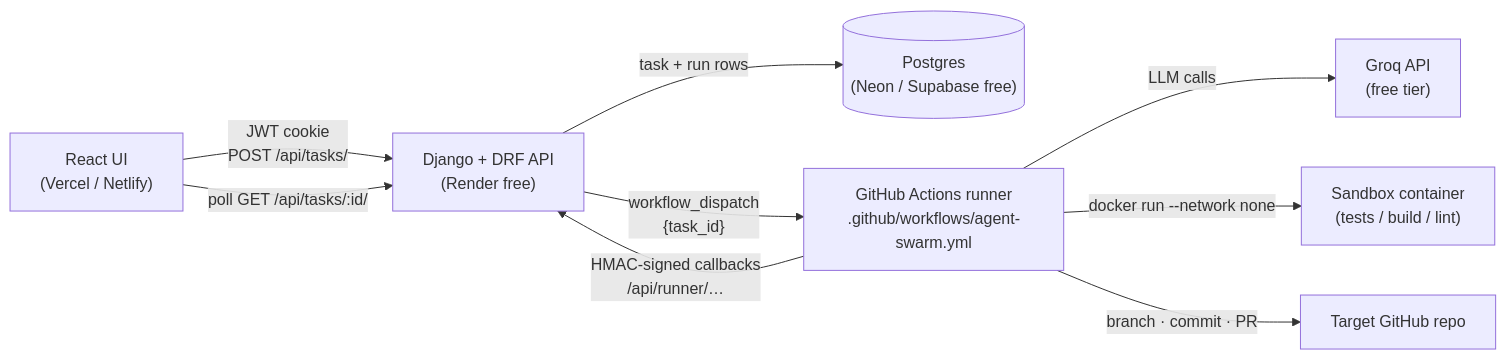
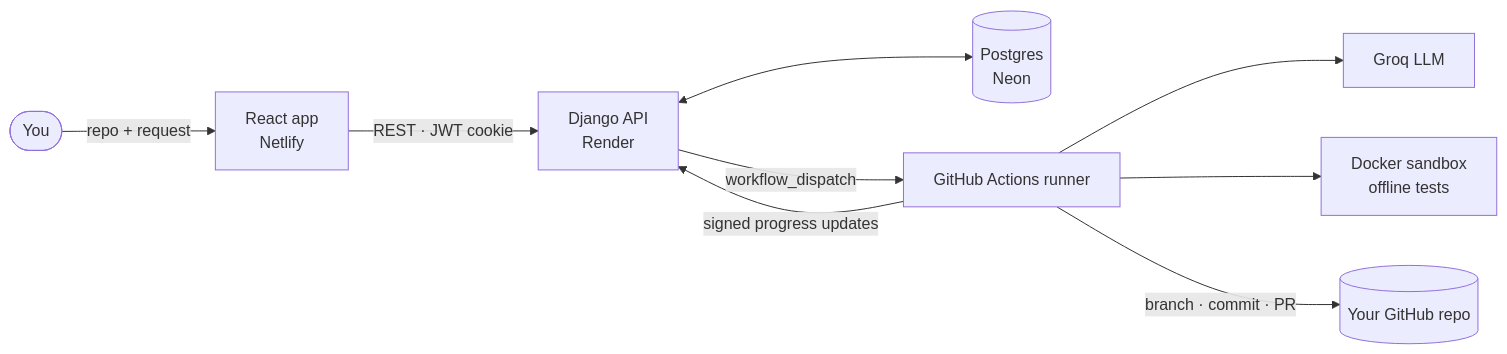
The diagram in README.md (shob0902/Agent_Swarm), drawn with Mermaid before and after one commit. The commit also changed other lines of this file and 4 other files, not shown here.

````diff
--- a/README.md
+++ b/README.md
@@ -53,11 +121,11 @@
 ```mermaid
 flowchart LR
-    UI["React UI<br/>(Vercel / Netlify)"] -- "JWT cookie<br/>POST /api/tasks/" --> API["Django + DRF API<br/>(Render free)"]
-    API -- "task + run rows" --> DB[("Postgres<br/>(Neon / Supabase free)")]
-    API -- "workflow_dispatch<br/>{task_id}" --> GHA["GitHub Actions runner<br/>.github/workflows/agent-swarm.yml"]
-    GHA -- "HMAC-signed callbacks<br/>/api/runner/…" --> API
-    GHA -- "LLM calls" --> GROQ["Groq API<br/>(free tier)"]
-    GHA -- "docker run --network none" --> SBX["Sandbox container<br/>(tests / build / lint)"]
-    GHA -- "branch · commit · PR" --> TARGET["Target GitHub repo"]
-    UI -- "poll GET /api/tasks/:id/" --> API
+    U([You]) -->|repo + request| FE["React app<br/>Netlify"]
+    FE -->|REST · JWT cookie| API["Django API<br/>Render"]
+    API <--> DB[("Postgres<br/>Neon")]
+    API -->|workflow_dispatch| GHA["GitHub Actions runner"]
+    GHA -->|signed progress updates| API
+    GHA --> LLM["Groq LLM"]
+    GHA --> SBX["Docker sandbox<br/>offline tests"]
+    GHA -->|branch · commit · PR| GH[("Your GitHub repo")]
 ```
````
